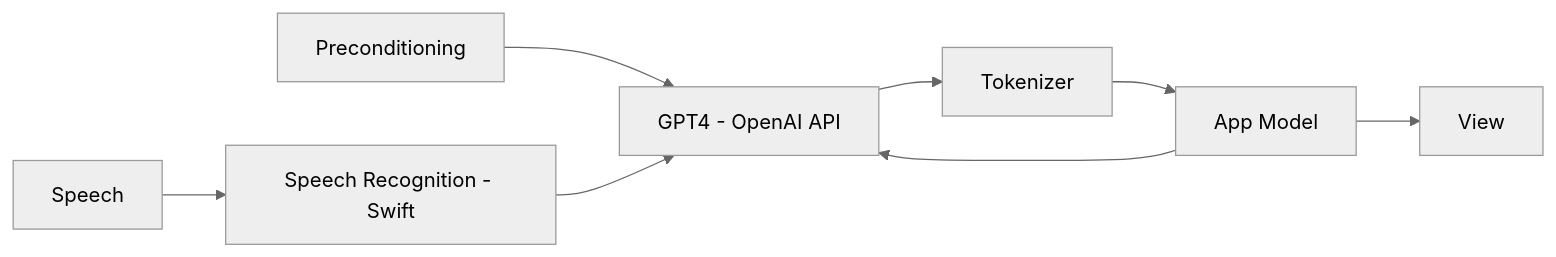
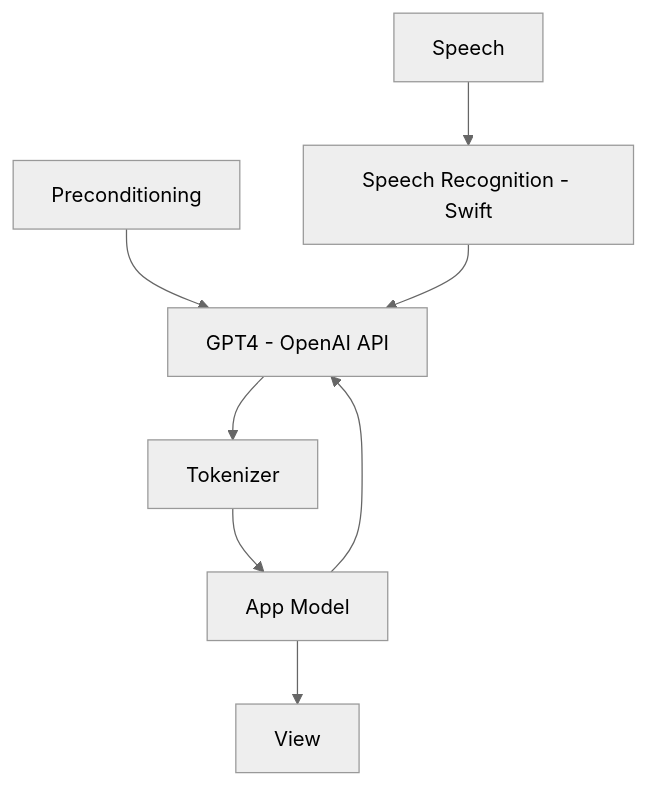
Before and after one commit to AdinAck/AccessAbility: the diagram in README.md, drawn with Mermaid (neutral theme).

````diff
--- a/README.md
+++ b/README.md
@@ -12,10 +12,10 @@
 ```mermaid
-flowchart LR
+flowchart TD
     A[Speech] --> B[Speech Recognition - Swift]
     C[Preconditioning] --> D
     B --> D[GPT4 - OpenAI API]
     D --> E[Tokenizer]
     E --> F[App Model]
     F --> D
     F --> G[View]
 ```
````
